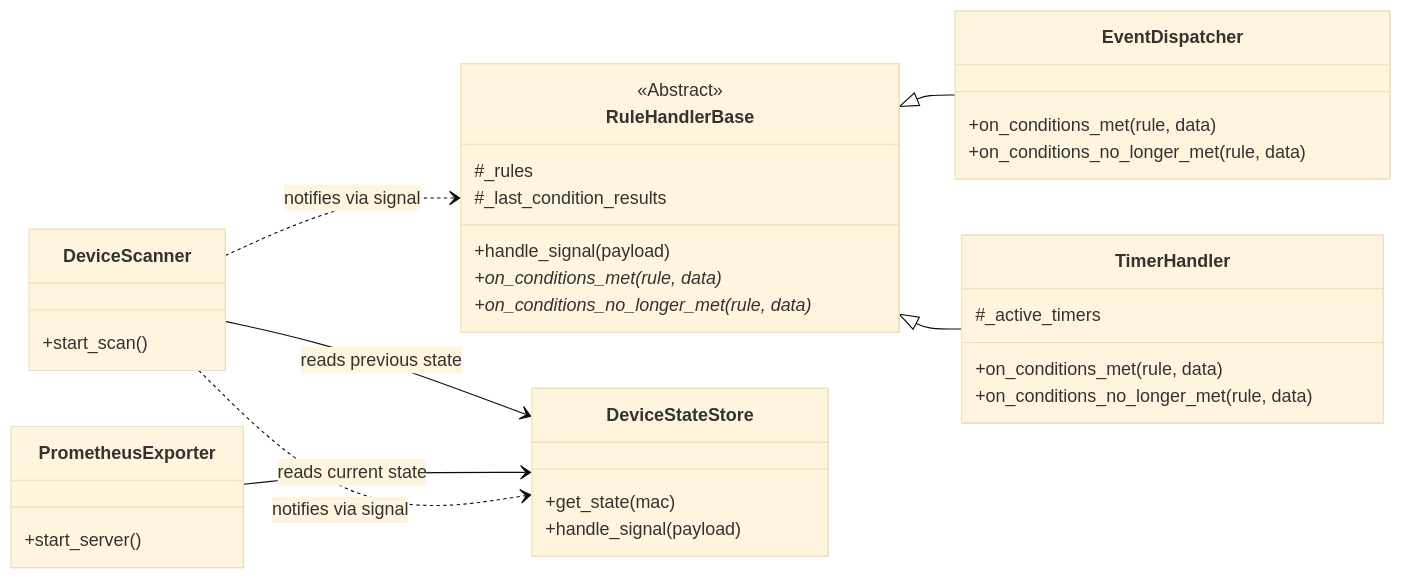
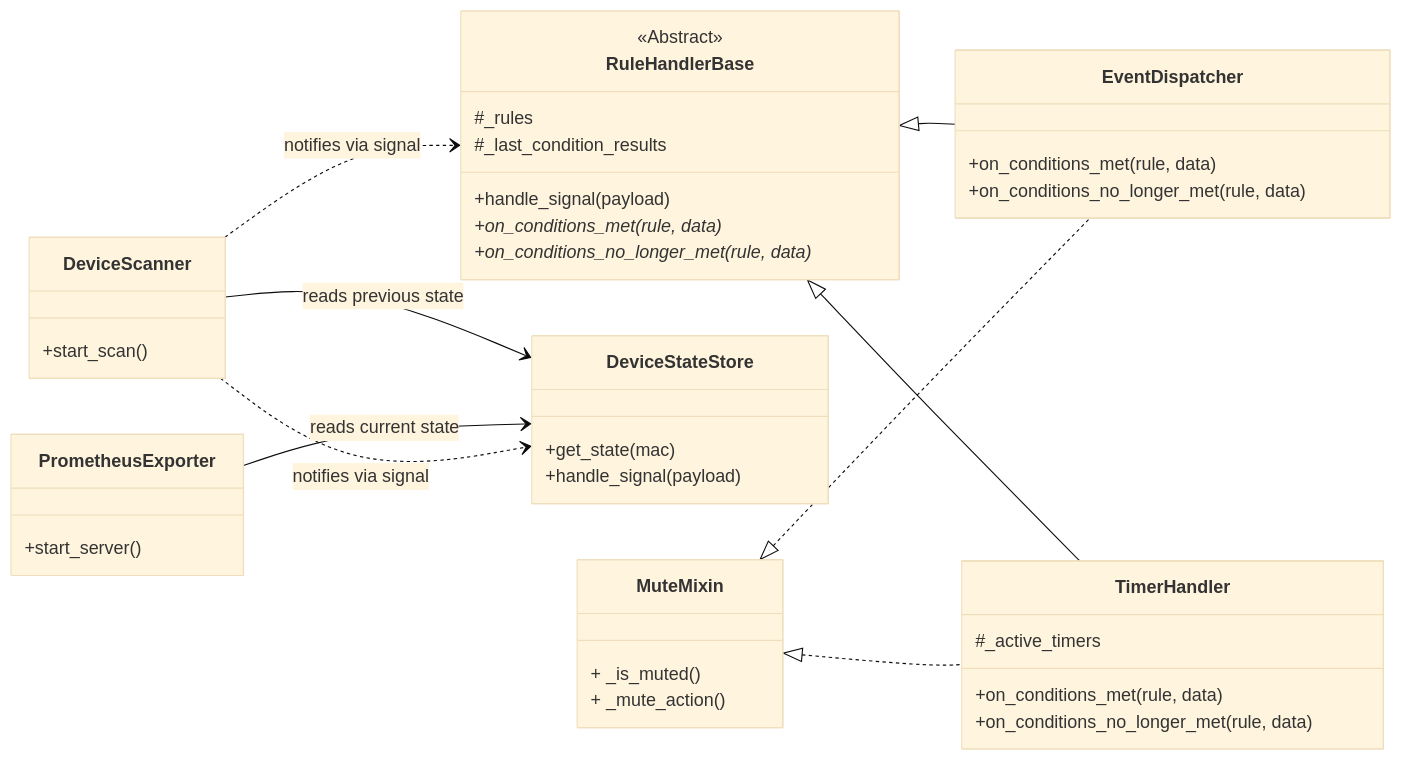
Before and after one commit to hnw/switchbot-actions: the diagram in docs/specification.md, drawn with Mermaid (base theme). The commit also changed other lines of this file and 2 other files, not shown here.

Commit message:
docs: Improve documentation structure and accuracy
Reordered sections in the README and config example for a more intuitive flow. Updated the architecture diagram and project structure list in the specification to match the current implementation.

````diff
--- a/docs/specification.md
+++ b/docs/specification.md
@@ -21,40 +21,45 @@
 ```mermaid
 classDiagram
     direction LR
     class RuleHandlerBase {
         <<Abstract>>
         #_rules
         #_last_condition_results
         +handle_signal(payload)
         +on_conditions_met(rule, data)*
         +on_conditions_no_longer_met(rule, data)*
     }
     class EventDispatcher {
         +on_conditions_met(rule, data)
         +on_conditions_no_longer_met(rule, data)
     }
     class TimerHandler {
         #_active_timers
         +on_conditions_met(rule, data)
         +on_conditions_no_longer_met(rule, data)
     }
     class DeviceScanner {
         +start_scan()
     }
     class DeviceStateStore {
         +get_state(mac)
         +handle_signal(payload)
     }
     class PrometheusExporter{
         +start_server()
     }
-
+    class MuteMixin {
+        + _is_muted()
+        + _mute_action()
+    }
     RuleHandlerBase <|-- EventDispatcher
+    MuteMixin <|.. EventDispatcher
     RuleHandlerBase <|-- TimerHandler
+    MuteMixin <|.. TimerHandler
 
     DeviceScanner --> DeviceStateStore : reads previous state
     PrometheusExporter --> DeviceStateStore : reads current state
 
     DeviceScanner ..> RuleHandlerBase : notifies via signal
     DeviceScanner ..> DeviceStateStore : notifies via signal
 ```
````
